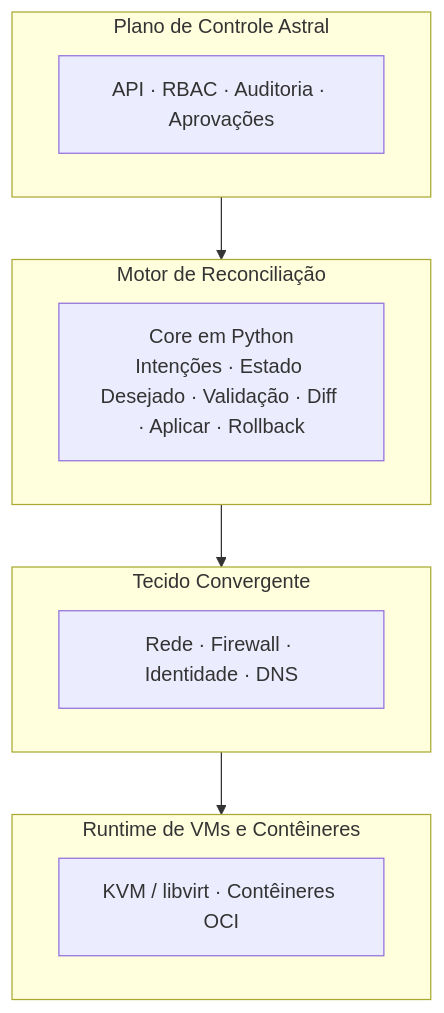
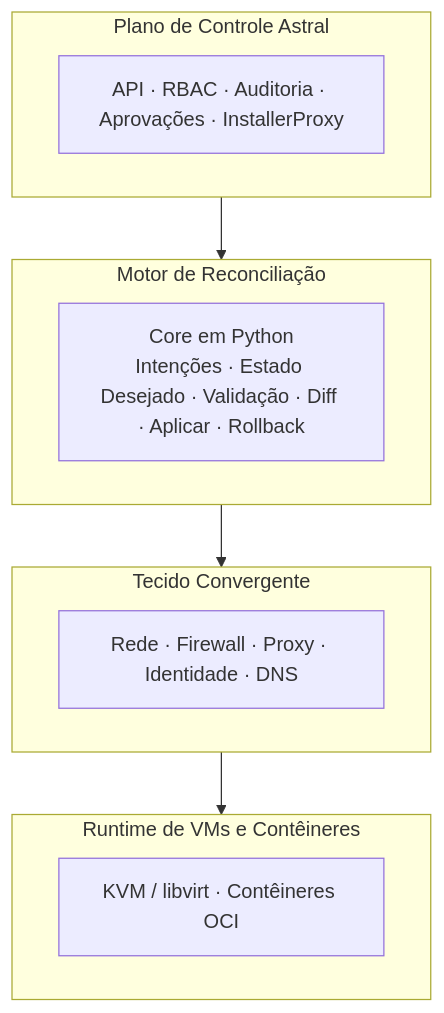
The first of 2 diagrams in README.md (euripedesdark/astral-plataform-hci), drawn with Mermaid before and after one commit.

Commit message:
Update ControlPlane and Fabric descriptions in README

````diff
--- a/README.md
+++ b/README.md
@@ -131,23 +131,24 @@
 ```mermaid
 
 flowchart TB
   subgraph ControlPlane [Plano de Controle Astral]
-    CP_API["API · RBAC · Auditoria · Aprovações"]
+    CP_API["API · RBAC · Auditoria · Aprovações · InstallerProxy"]
   end
 
   subgraph Reconciler [Motor de Reconciliação]
     RE["Core em Python<br/>Intenções · Estado Desejado · Validação · Diff · Aplicar · Rollback"]
   end
 
   subgraph Fabric [Tecido Convergente]
-    CF["Rede · Firewall · Identidade · DNS"]
+    CF["Rede · Firewall · Proxy · Identidade · DNS"]
   end
 
   subgraph Runtime [Runtime de VMs e Contêineres]
     RT["KVM / libvirt · Contêineres OCI"]
   end
 
   ControlPlane --> Reconciler
   Reconciler --> Fabric
   Fabric --> Runtime
+
 ```
````
